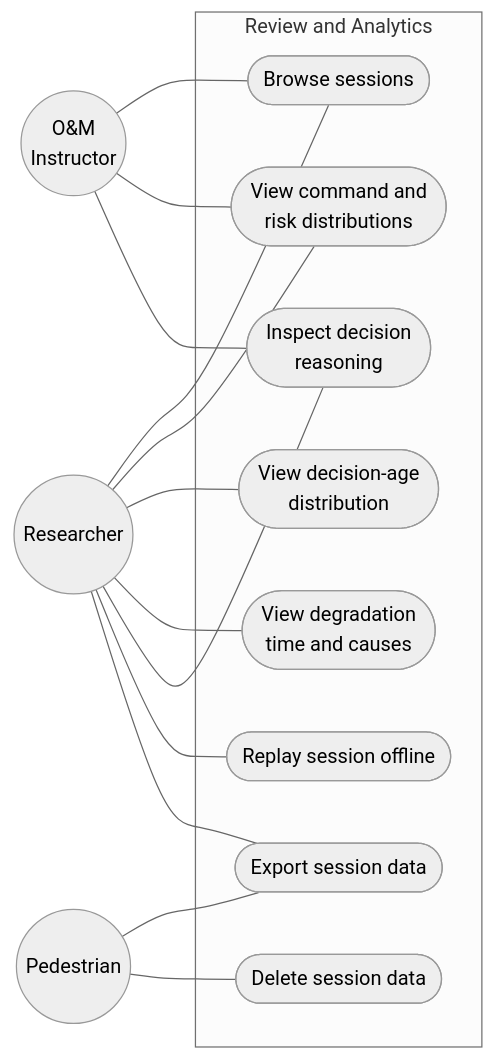
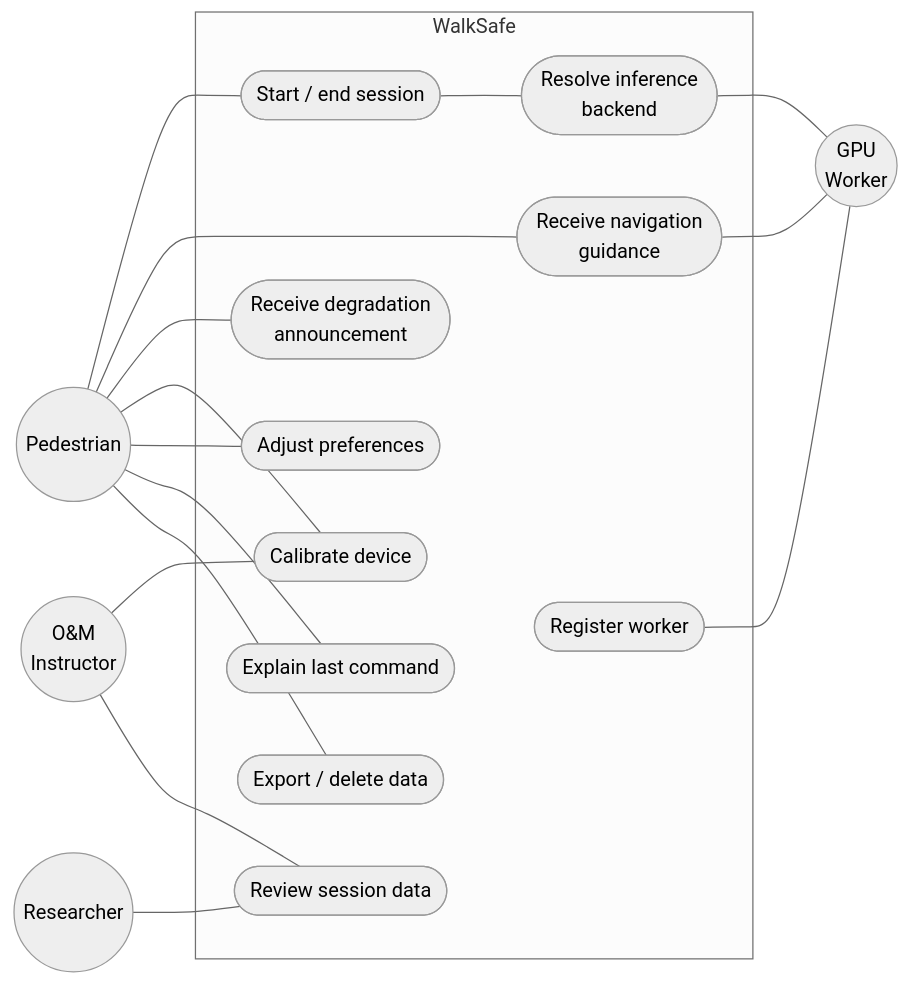
One commit to shahalam22/WalkSafe changed the second of 10 diagrams in docs/SRS.md. Above: the diagram before and after it, drawn with Mermaid (neutral theme). The commit also changed other lines of this file and 2 other files, not shown here.

````diff
--- a/docs/SRS.md
+++ b/docs/SRS.md
@@ -701,30 +400,35 @@
 ```mermaid
 graph LR
+    P(("Pedestrian"))
+    I(("O&M<br/>Instructor"))
     R(("Researcher"))
-    I(("O&M<br/>Instructor"))
-    P(("Pedestrian"))
+    G(("GPU<br/>Worker"))
 
-    subgraph M4["Review and Analytics"]
-        A(["Browse sessions"])
-        B(["View command and<br/>risk distributions"])
-        C(["View decision-age<br/>distribution"])
-        D(["View degradation<br/>time and causes"])
-        E(["Inspect decision<br/>reasoning"])
-        F(["Replay session offline"])
-        H(["Export session data"])
-        J(["Delete session data"])
+    subgraph WS["WalkSafe"]
+        U1(["Start / end session"])
+        U2(["Receive navigation<br/>guidance"])
+        U3(["Receive degradation<br/>announcement"])
+        U4(["Calibrate device"])
+        U5(["Adjust preferences"])
+        U6(["Explain last command"])
+        U7(["Resolve inference<br/>backend"])
+        U8(["Register worker"])
+        U9(["Review session data"])
+        U10(["Export / delete data"])
     end
 
-    R --- A
-    R --- B
-    R --- C
-    R --- D
-    R --- E
-    R --- F
-    R --- H
-    I --- A
-    I --- B
-    I --- E
-    P --- H
-    P --- J
+    P --- U1
+    P --- U2
+    P --- U3
+    P --- U4
+    P --- U5
+    P --- U6
+    P --- U10
+    I --- U4
+    I --- U9
+    R --- U9
+    U1 --- U7
+    U7 --- G
+    U8 --- G
+    U2 --- G
 ```
````
